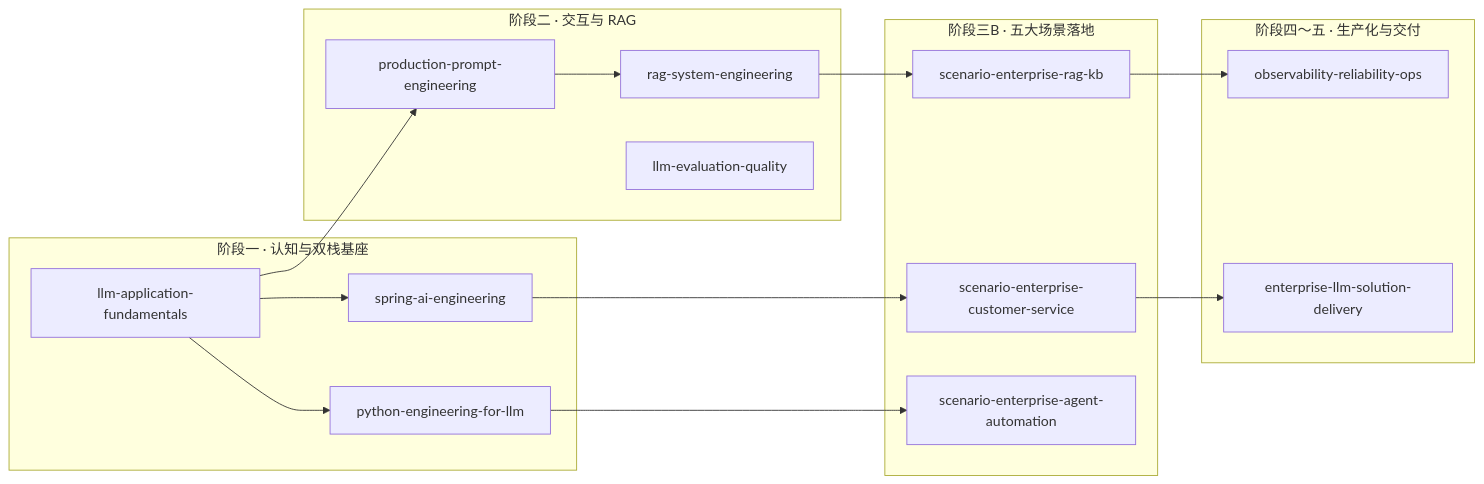
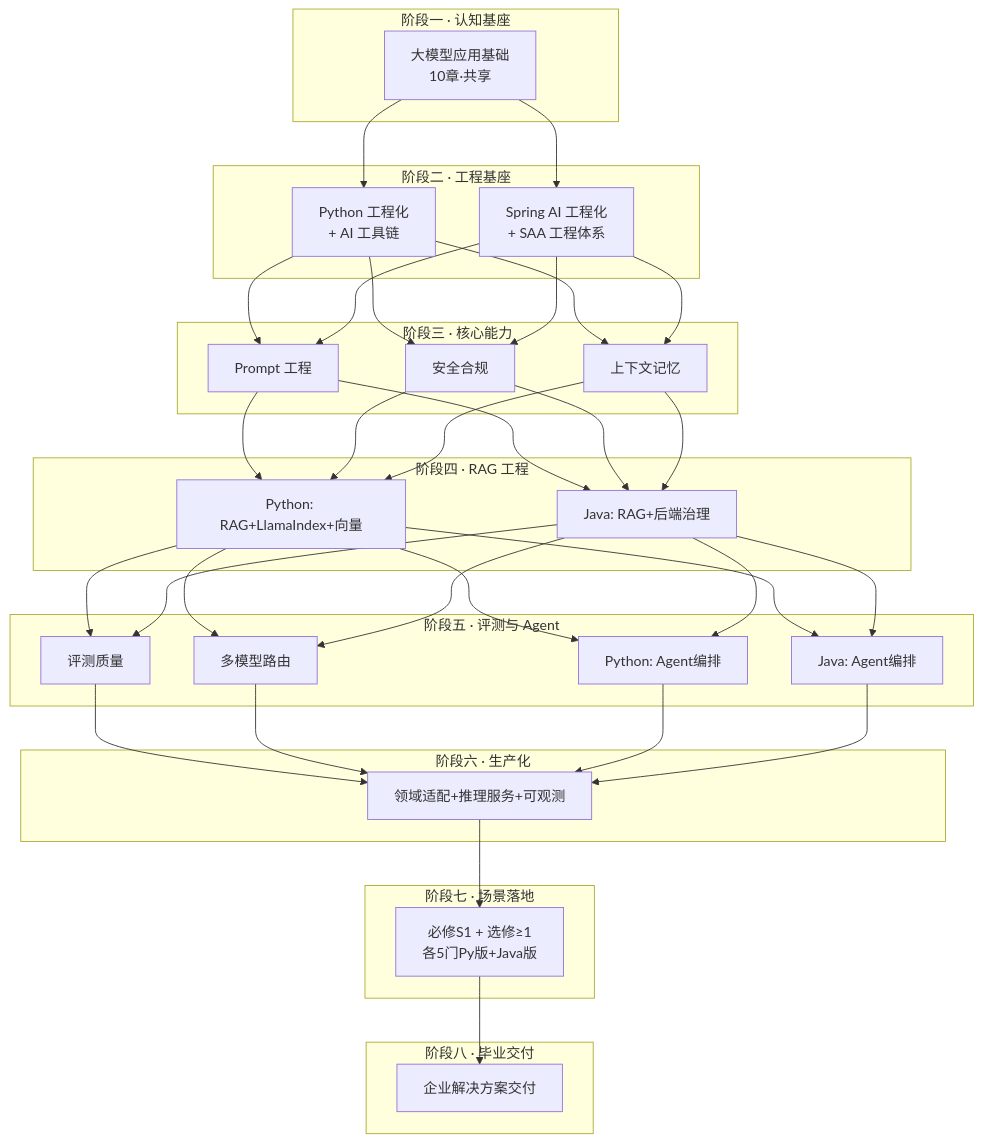
One commit to searchforsun/study-llm-dev-all changed the diagram in README.md. Above: the diagram before and after it, drawn with Mermaid. The commit also changed other lines of this file and 2 other files, not shown here.

Commit message:
docs: update documentation for 33-course dual-track restructure

````diff
--- a/README.md
+++ b/README.md
@@ -56,31 +56,41 @@
 ```mermaid
-flowchart LR
-  subgraph s1["阶段一 · 认知与双栈基座"]
-    FUND[llm-application-fundamentals]
-    PY[python-engineering-for-llm]
-    SA[spring-ai-engineering]
+flowchart TB
+  subgraph s1["阶段一 · 认知基座"]
+    FUND[大模型应用基础<br/>10章·共享]
   end
-  subgraph s2["阶段二 · 交互与 RAG"]
-    PE[production-prompt-engineering]
-    RAG[rag-system-engineering]
-    EVAL[llm-evaluation-quality]
+  subgraph s2["阶段二 · 工程基座"]
+    PY[Python 工程化<br/>+ AI 工具链]
+    SA[Spring AI 工程化<br/>+ SAA 工程体系]
   end
-  subgraph s3b["阶段三B · 五大场景落地"]
-    S1[scenario-enterprise-rag-kb]
-    S2[scenario-enterprise-customer-service]
-    S3[scenario-enterprise-agent-automation]
+  subgraph s3["阶段三 · 核心能力"]
+    PE[Prompt 工程]
+    SEC[安全合规]
+    CTX[上下文记忆]
   end
-  subgraph s45["阶段四～五 · 生产化与交付"]
-    OPS[observability-reliability-ops]
-    DEL[enterprise-llm-solution-delivery]
+  subgraph s4["阶段四 · RAG 工程"]
+    RAGPY[Python: RAG+LlamaIndex+向量]
+    RAGJV[Java: RAG+后端治理]
   end
-  FUND --> PY
-  FUND --> SA
-  FUND --> PE
-  PE --> RAG
-  RAG --> S1
-  SA --> S2
-  PY --> S3
-  S1 --> OPS
-  S2 --> DEL
+  subgraph s5["阶段五 · 评测与 Agent"]
+    EVAL[评测质量]
+    ROUTE[多模型路由]
+    AGPY[Python: Agent编排]
+    AGJV[Java: Agent编排]
+  end
+  subgraph s6["阶段六 · 生产化"]
+    PROD[领域适配+推理服务+可观测]
+  end
+  subgraph s7["阶段七 · 场景落地"]
+    SCENES[必修S1 + 选修≥1<br/>各5门Py版+Java版]
+  end
+  subgraph s8["阶段八 · 毕业交付"]
+    DEL[企业解决方案交付]
+  end
+  FUND --> PY & SA
+  PY & SA --> PE & SEC & CTX
+  PE & SEC & CTX --> RAGPY & RAGJV
+  RAGPY & RAGJV --> EVAL & ROUTE & AGPY & AGJV
+  EVAL & ROUTE & AGPY & AGJV --> PROD
+  PROD --> SCENES
+  SCENES --> DEL
 ```
````
